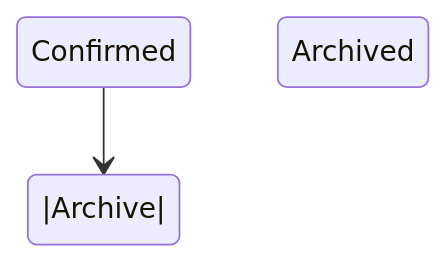
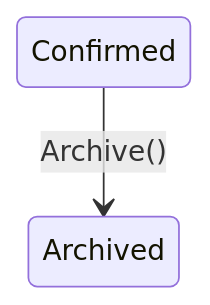
Before and after one commit to chalfel/statechart: the second of 2 diagrams in README.md, drawn with Mermaid. The commit also changed other lines of this file, not shown here.

````diff
--- a/README.md
+++ b/README.md
@@ -89,4 +89,4 @@
 ```mermaid
 stateDiagram-v2
-    Confirmed -->|Archive| Archived
+    Confirmed --> Archived : Archive()
 ```
````
